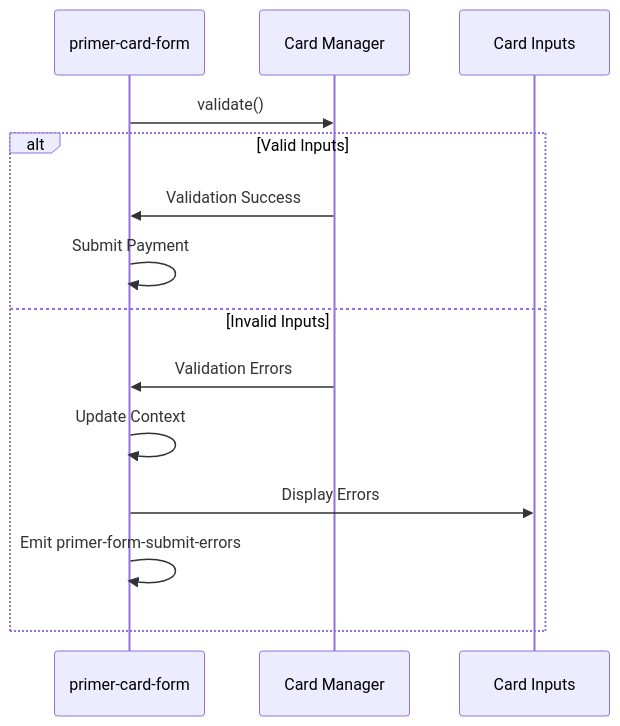
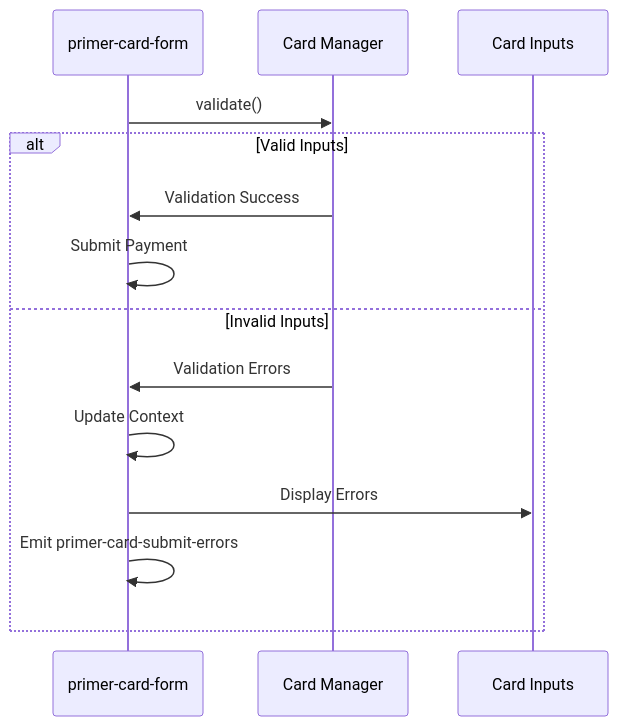
Before and after one commit to primer-io/examples: the fifth of 5 diagrams in docs/general-docs/api/Components/CardForm/index.md, drawn with Mermaid. The commit also changed other lines of this file and 3 other files, not shown here.

````diff
--- a/docs/general-docs/api/Components/CardForm/index.md
+++ b/docs/general-docs/api/Components/CardForm/index.md
@@ -283,17 +283,17 @@
 ```mermaid
 sequenceDiagram
     participant Form as primer-card-form
     participant Manager as Card Manager
     participant Inputs as Card Inputs
 
     Form->>Manager: validate()
     alt Valid Inputs
         Manager->>Form: Validation Success
         Form->>Form: Submit Payment
     else Invalid Inputs
         Manager->>Form: Validation Errors
         Form->>Form: Update Context
         Form->>Inputs: Display Errors
-        Form->>Form: Emit primer-form-submit-errors
+        Form->>Form: Emit primer-card-submit-errors
     end
 ```
````
